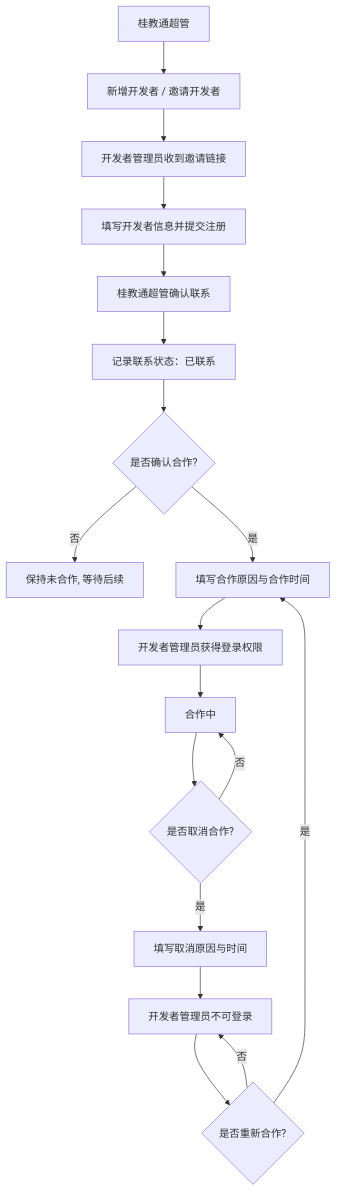
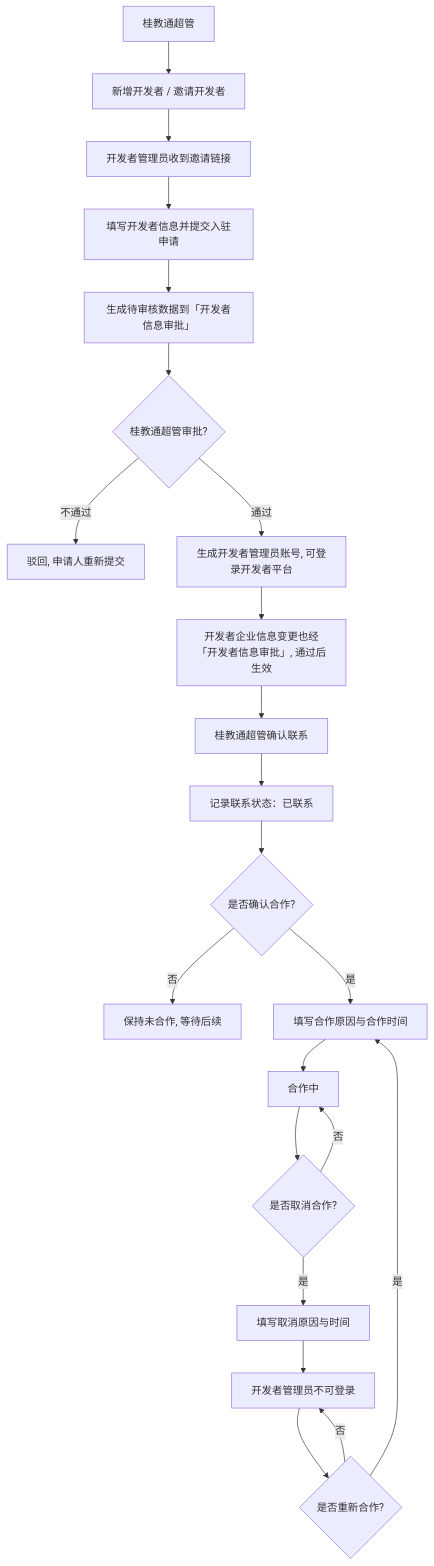
Before and after one commit to sunmei119/capPlatform: the first of 8 diagrams in output/prd/prd.md, drawn with Mermaid. The commit also changed other lines of this file and 2 other files, not shown here.

````diff
--- a/output/prd/prd.md
+++ b/output/prd/prd.md
@@ -63,20 +66,24 @@
 ```mermaid
 flowchart TD
     A[桂教通超管] --> B[新增开发者 / 邀请开发者]
     B --> C[开发者管理员收到邀请链接]
-    C --> D[填写开发者信息并提交注册]
-    D --> E[桂教通超管确认联系]
-    E --> F[记录联系状态：已联系]
-    F --> G{是否确认合作?}
-    G -- 否 --> H[保持未合作, 等待后续]
-    G -- 是 --> I[填写合作原因与合作时间]
-    I --> J[开发者管理员获得登录权限]
-    J --> K[合作中]
-    K --> L{是否取消合作?}
-    L -- 否 --> K
-    L -- 是 --> M[填写取消原因与时间]
-    M --> N[开发者管理员不可登录]
-    N --> O{是否重新合作?}
-    O -- 是 --> I
+    C --> D[填写开发者信息并提交入驻申请]
+    D --> E[生成待审核数据到「开发者信息审批」]
+    E --> F{桂教通超管审批?}
+    F -- 不通过 --> E2[驳回, 申请人重新提交]
+    F -- 通过 --> G[生成开发者管理员账号, 可登录开发者平台]
+    G --> H[开发者企业信息变更也经「开发者信息审批」, 通过后生效]
+    H --> I[桂教通超管确认联系]
+    I --> J[记录联系状态：已联系]
+    J --> K{是否确认合作?}
+    K -- 否 --> L[保持未合作, 等待后续]
+    K -- 是 --> M[填写合作原因与合作时间]
+    M --> N[合作中]
+    N --> O{是否取消合作?}
     O -- 否 --> N
+    O -- 是 --> P[填写取消原因与时间]
+    P --> Q[开发者管理员不可登录]
+    Q --> R{是否重新合作?}
+    R -- 是 --> M
+    R -- 否 --> Q
 ```
````
